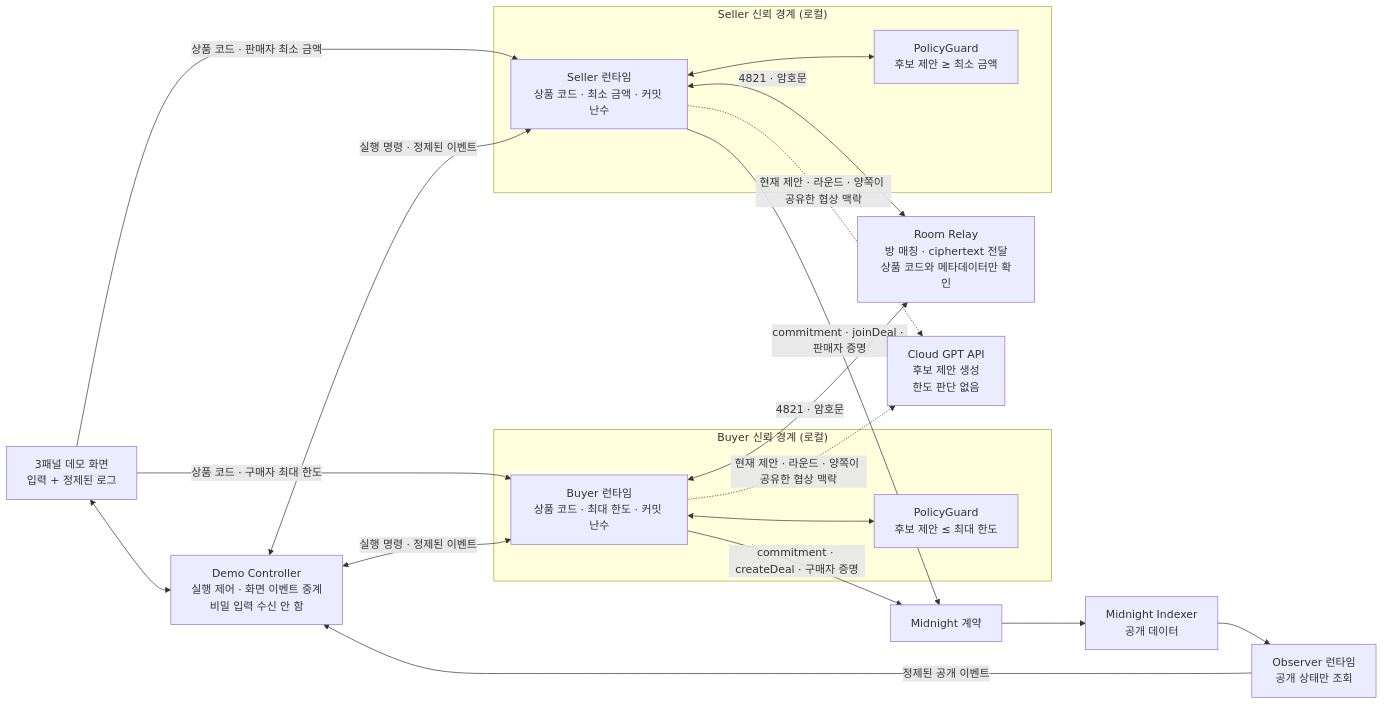
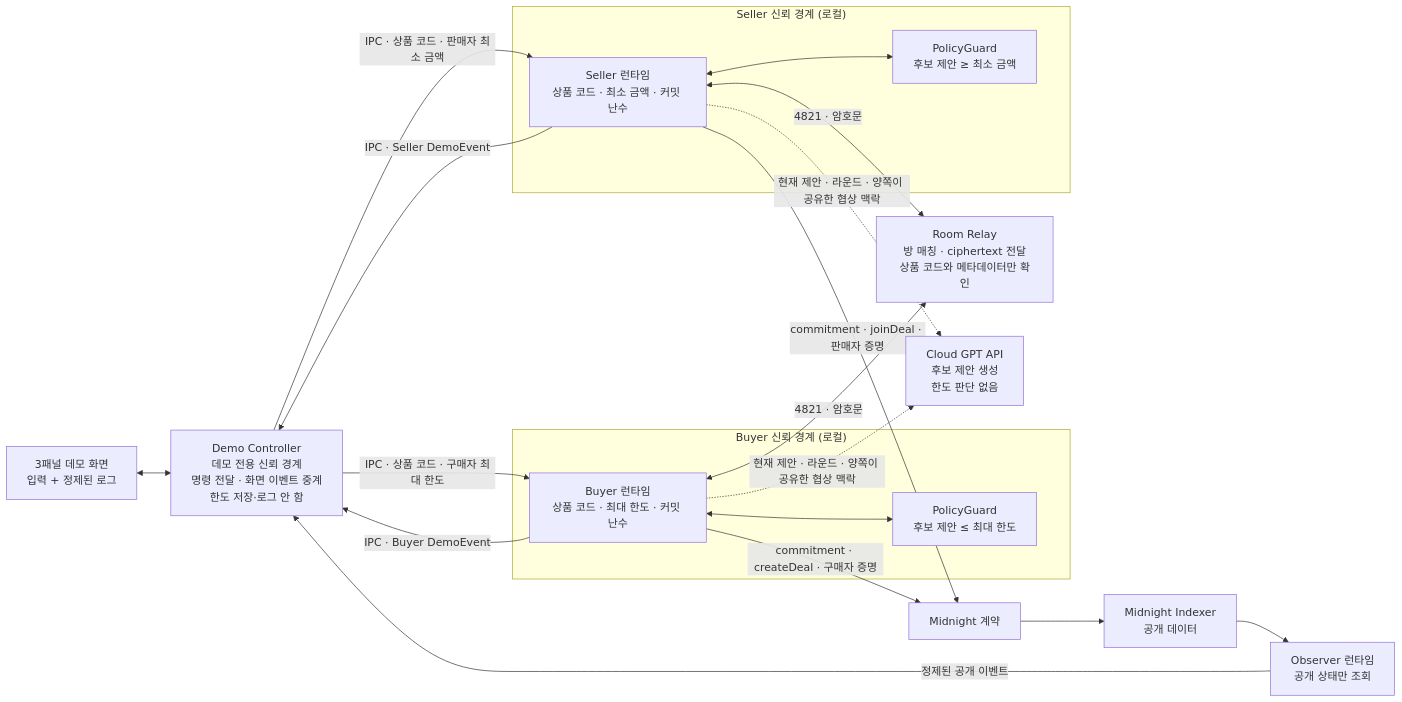
The diagram in docs/superpowers/specs/2026-07-25-private-negotiation-dapp-v2-design.md (0xyuanyx/Midnight-Private-Negotiation), drawn with Mermaid before and after one commit. The commit also changed other lines of this file and 2 other files, not shown here.

Commit message:
docs: define isolated runtime event wiring

````diff
--- a/docs/superpowers/specs/2026-07-25-private-negotiation-dapp-v2-design.md
+++ b/docs/superpowers/specs/2026-07-25-private-negotiation-dapp-v2-design.md
@@ -148,37 +154,37 @@
 ```mermaid
 flowchart LR
     UI["3패널 데모 화면<br/>입력 + 정제된 로그"]
-    DC["Demo Controller<br/>실행 제어 · 화면 이벤트 중계<br/>비밀 입력 수신 안 함"]
+    DC["Demo Controller<br/>데모 전용 신뢰 경계<br/>명령 전달 · 화면 이벤트 중계<br/>한도 저장·로그 안 함"]
 
     UI <--> DC
-    UI -->|"상품 코드 · 구매자 최대 한도"| B
-    UI -->|"상품 코드 · 판매자 최소 금액"| S
 
-    DC <-->|"실행 명령 · 정제된 이벤트"| B
-    DC <-->|"실행 명령 · 정제된 이벤트"| S
+    DC -->|"IPC · 상품 코드 · 구매자 최대 한도"| B
+    DC -->|"IPC · 상품 코드 · 판매자 최소 금액"| S
+    B -->|"IPC · Buyer DemoEvent"| DC
+    S -->|"IPC · Seller DemoEvent"| DC
 
     subgraph BR["Buyer 신뢰 경계 (로컬)"]
       B["Buyer 런타임<br/>상품 코드 · 최대 한도 · 커밋 난수"]
       BPG["PolicyGuard<br/>후보 제안 ≤ 최대 한도"]
       B <--> BPG
     end
 
     subgraph SR["Seller 신뢰 경계 (로컬)"]
       S["Seller 런타임<br/>상품 코드 · 최소 금액 · 커밋 난수"]
       SPG["PolicyGuard<br/>후보 제안 ≥ 최소 금액"]
       S <--> SPG
     end
 
     B <-->|"4821 · 암호문"| R["Room Relay<br/>방 매칭 · ciphertext 전달<br/>상품 코드와 메타데이터만 확인"]
     S <-->|"4821 · 암호문"| R
 
     B -.->|"현재 제안 · 라운드 · 양쪽이 공유한 협상 맥락"| G["Cloud GPT API<br/>후보 제안 생성<br/>한도 판단 없음"]
     S -.->|"현재 제안 · 라운드 · 양쪽이 공유한 협상 맥락"| G
 
     B -->|"commitment · createDeal · 구매자 증명"| C["Midnight 계약"]
     S -->|"commitment · joinDeal · 판매자 증명"| C
 
     C --> I["Midnight Indexer<br/>공개 데이터"]
     I --> O["Observer 런타임<br/>공개 상태만 조회"]
     O -->|"정제된 공개 이벤트"| DC
 ```
````
